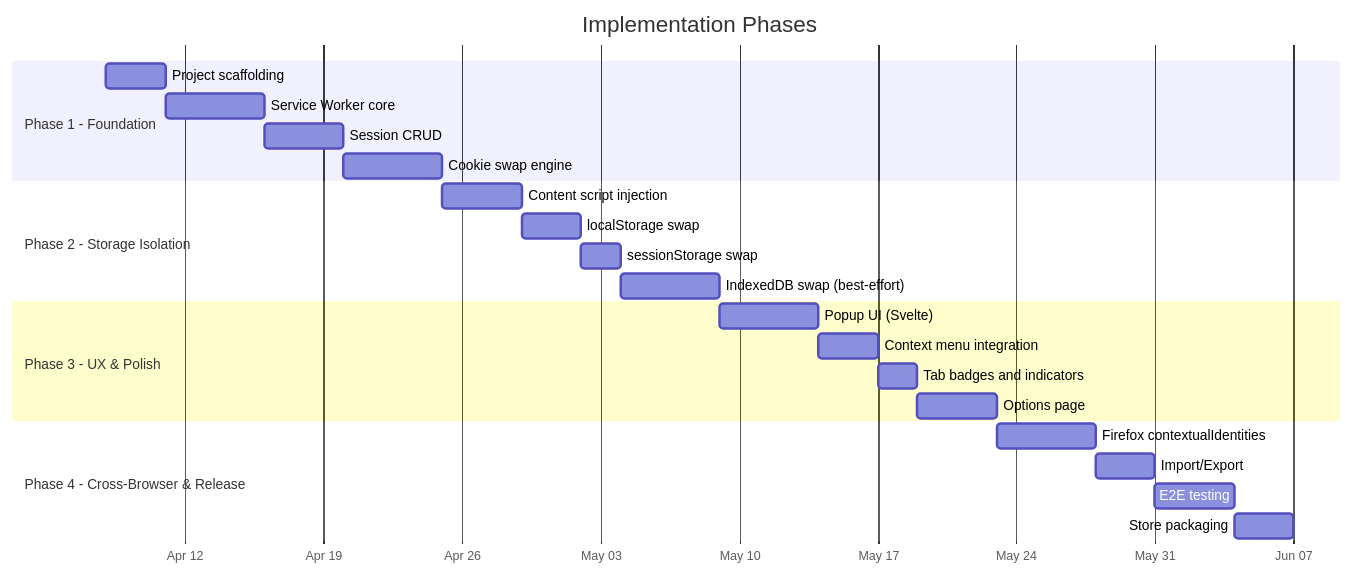
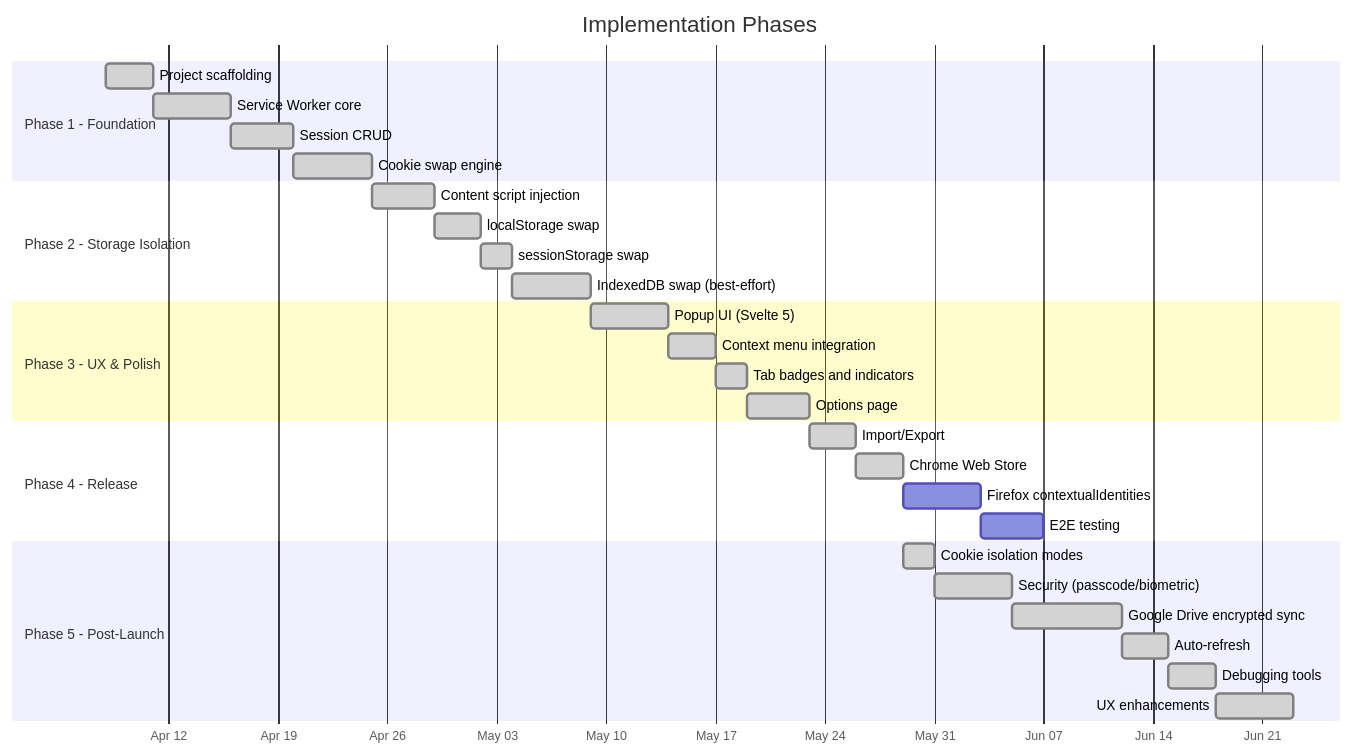
Before and after one commit to msaidbilgehan/unaware-sessions-browser-extension: the first of 2 diagrams in Docs/3-implementation-Plan.md, drawn with Mermaid. The commit also changed other lines of this file and 5 other files, not shown here.

````diff
--- a/Docs/3-implementation-Plan.md
+++ b/Docs/3-implementation-Plan.md
@@ -13,30 +13,38 @@
 ```mermaid
 gantt
     title Implementation Phases
     dateFormat  YYYY-MM-DD
     axisFormat  %b %d
 
     section Phase 1 - Foundation
-    Project scaffolding           :p1a, 2026-04-08, 3d
-    Service Worker core           :p1b, after p1a, 5d
-    Session CRUD                  :p1c, after p1b, 4d
-    Cookie swap engine            :p1d, after p1c, 5d
+    Project scaffolding           :done, p1a, 2026-04-08, 3d
+    Service Worker core           :done, p1b, after p1a, 5d
+    Session CRUD                  :done, p1c, after p1b, 4d
+    Cookie swap engine            :done, p1d, after p1c, 5d
 
     section Phase 2 - Storage Isolation
-    Content script injection      :p2a, after p1d, 4d
-    localStorage swap             :p2b, after p2a, 3d
-    sessionStorage swap           :p2c, after p2b, 2d
-    IndexedDB swap (best-effort)  :p2d, after p2c, 5d
+    Content script injection      :done, p2a, after p1d, 4d
+    localStorage swap             :done, p2b, after p2a, 3d
+    sessionStorage swap           :done, p2c, after p2b, 2d
+    IndexedDB swap (best-effort)  :done, p2d, after p2c, 5d
 
     section Phase 3 - UX & Polish
-    Popup UI (Svelte)             :p3a, after p2d, 5d
-    Context menu integration      :p3b, after p3a, 3d
-    Tab badges and indicators     :p3c, after p3b, 2d
-    Options page                  :p3d, after p3c, 4d
+    Popup UI (Svelte 5)           :done, p3a, after p2d, 5d
+    Context menu integration      :done, p3b, after p3a, 3d
+    Tab badges and indicators     :done, p3c, after p3b, 2d
+    Options page                  :done, p3d, after p3c, 4d
 
-    section Phase 4 - Cross-Browser & Release
-    Firefox contextualIdentities  :p4a, after p3d, 5d
-    Import/Export                  :p4b, after p4a, 3d
-    E2E testing                   :p4c, after p4b, 4d
-    Store packaging               :p4d, after p4c, 3d
+    section Phase 4 - Release
+    Import/Export                  :done, p4b, after p3d, 3d
+    Chrome Web Store              :done, p4d, after p4b, 3d
+    Firefox contextualIdentities  :p4a, after p4d, 5d
+    E2E testing                   :p4c, after p4a, 4d
+
+    section Phase 5 - Post-Launch
+    Cookie isolation modes        :done, p5a, after p4d, 2d
+    Security (passcode/biometric) :done, p5b, after p5a, 5d
+    Google Drive encrypted sync   :done, p5c, after p5b, 7d
+    Auto-refresh                  :done, p5d, after p5c, 3d
+    Debugging tools               :done, p5e, after p5d, 3d
+    UX enhancements               :done, p5f, after p5e, 5d
 ```
````
